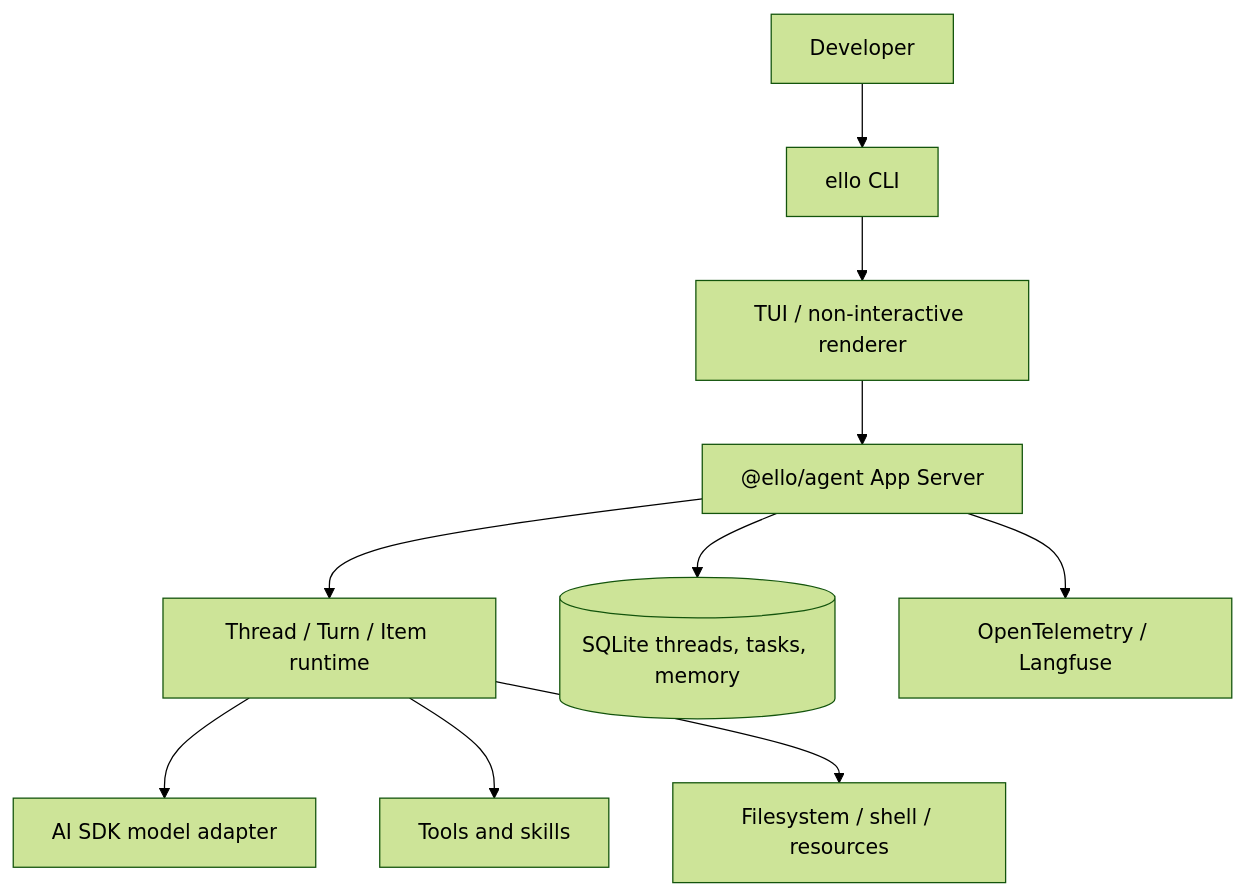
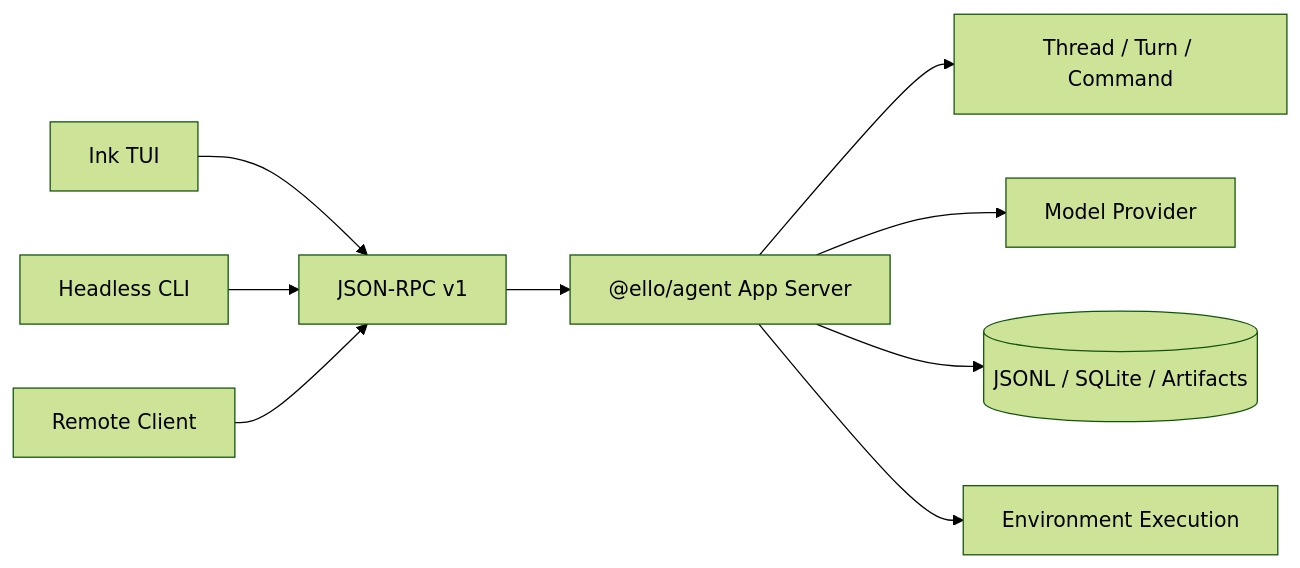
One commit to LunaY77/ello changed the first of 3 diagrams in README.md. Above: the diagram before and after it, drawn with Mermaid (forest theme). The commit also changed other lines of this file and 535 other files, not shown here.

First line of the commit message:
feat: 引入 Agent Command Runtime 并完善 Benchmark 体系

````diff
--- a/README.md
+++ b/README.md
@@ -15,12 +19,11 @@
 ```mermaid
-flowchart TD
-  User[Developer] --> CLI[ello CLI]
-  CLI --> TUI[TUI / non-interactive renderer]
-  TUI --> Server["@ello/agent App Server"]
-  Server --> Runtime[Thread / Turn / Item runtime]
-  Runtime --> Model[AI SDK model adapter]
-  Runtime --> Tools[Tools and skills]
-  Runtime --> Env[Filesystem / shell / resources]
-  Server --> Storage[(SQLite threads, tasks, memory)]
-  Server --> Telemetry[OpenTelemetry / Langfuse]
+flowchart LR
+  TUI[Ink TUI] --> RPC[JSON-RPC v1]
+  CLI[Headless CLI] --> RPC
+  Remote[Remote Client] --> RPC
+  RPC --> Server["@ello/agent App Server"]
+  Server --> Thread[Thread / Turn / Command]
+  Server --> Provider[Model Provider]
+  Server --> State[(JSONL / SQLite / Artifacts)]
+  Server --> Environment[Environment Execution]
 ```
````
